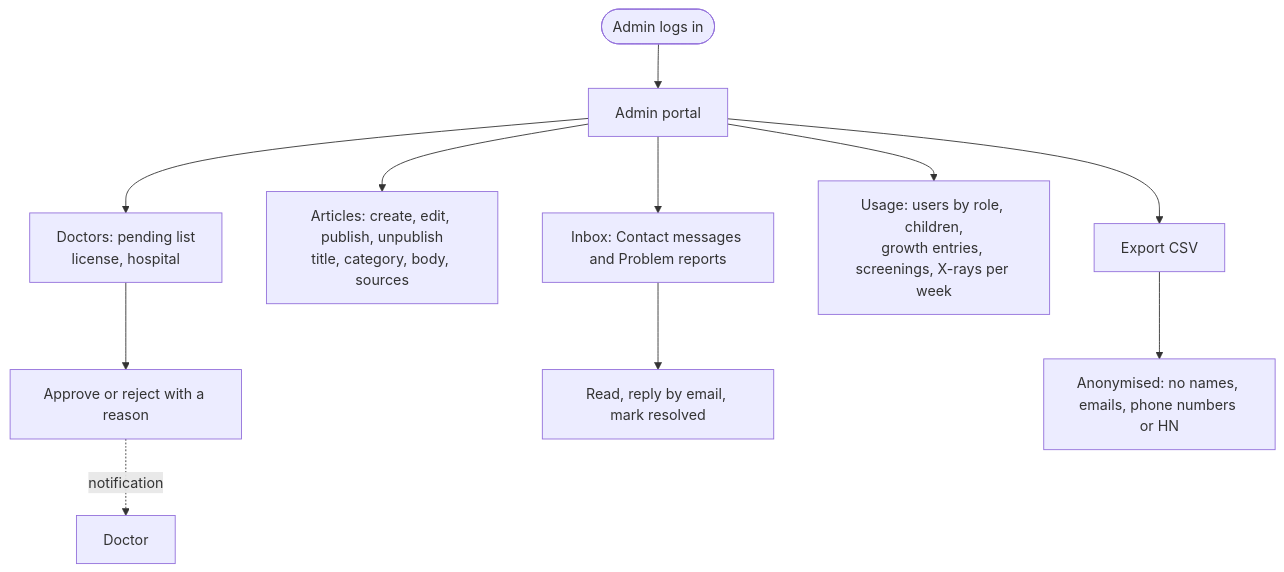
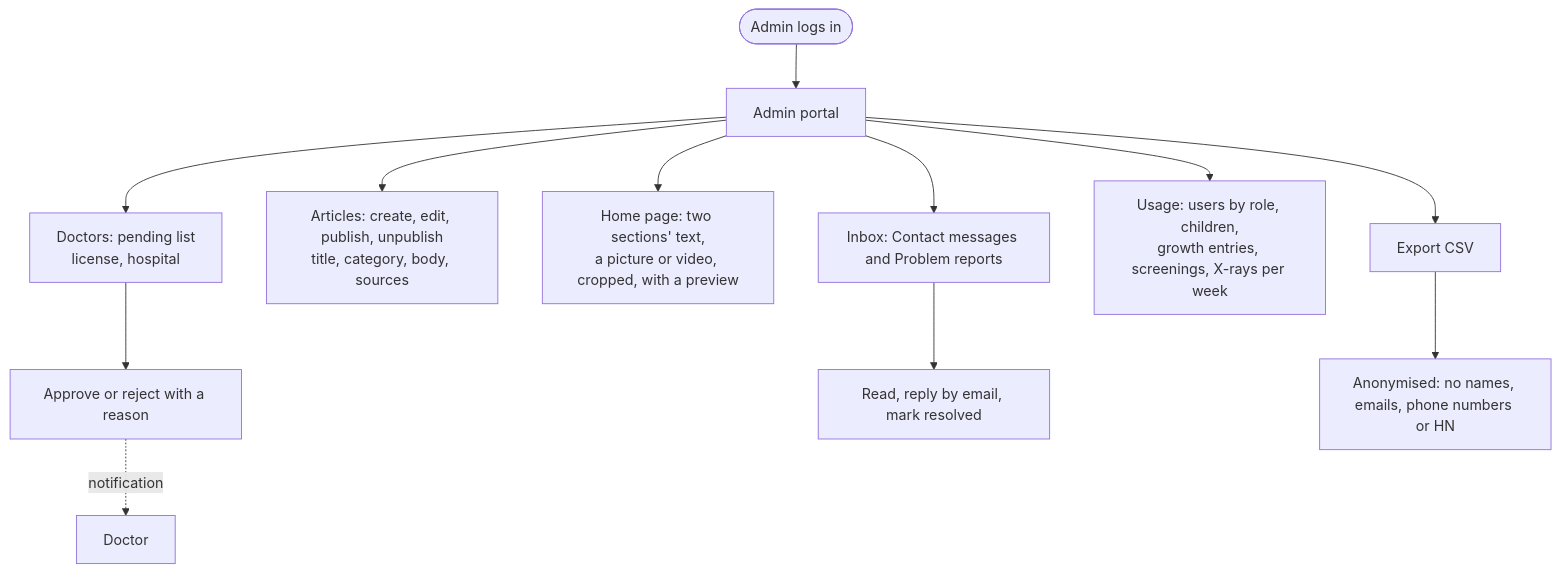
Before and after one commit to growthadminsupport-lang/studio5-beta: the fourth of 5 diagrams in docs/user-flows.md, drawn with Mermaid. The commit also changed 18 other files, not shown here.

````diff
--- a/docs/user-flows.md
+++ b/docs/user-flows.md
@@ -140,13 +140,14 @@
 ```mermaid
 flowchart TD
     A([Admin logs in]) --> B[Admin portal]
     B --> C[Doctors: pending list<br/>license, hospital]
     C --> C1[Approve or reject with a reason]
     C1 -. notification .-> D[Doctor]
     B --> E[Articles: create, edit, publish, unpublish<br/>title, category, body, sources]
+    B --> K[Home page: two sections' text,<br/>a picture or video, cropped, with a preview]
     B --> F[Inbox: Contact messages and Problem reports]
     F --> F1[Read, reply by email, mark resolved]
     B --> G[Usage: users by role, children,<br/>growth entries, screenings, X-rays per week]
     B --> H[Export CSV]
     H --> H1[Anonymised: no names, emails, phone numbers or HN]
 ```
````
